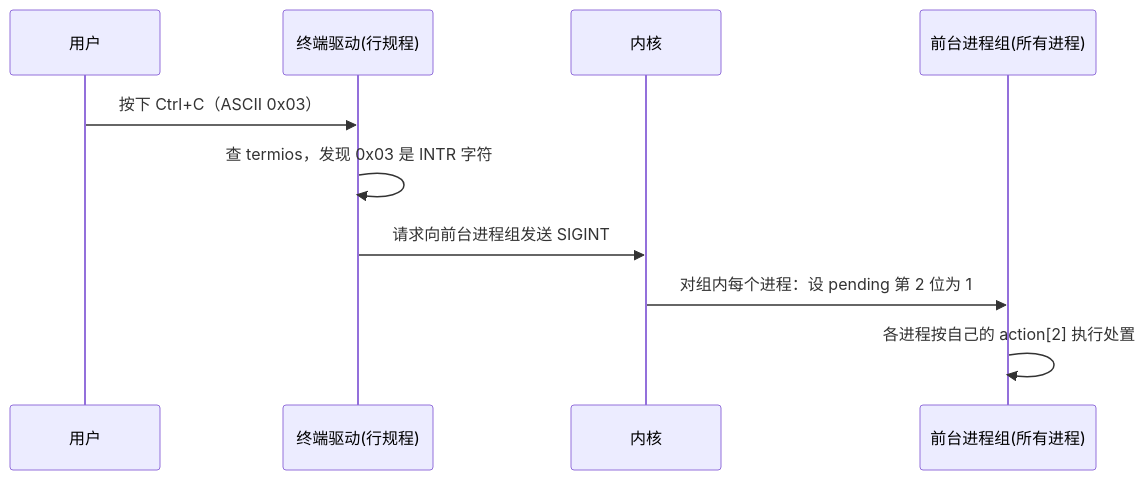
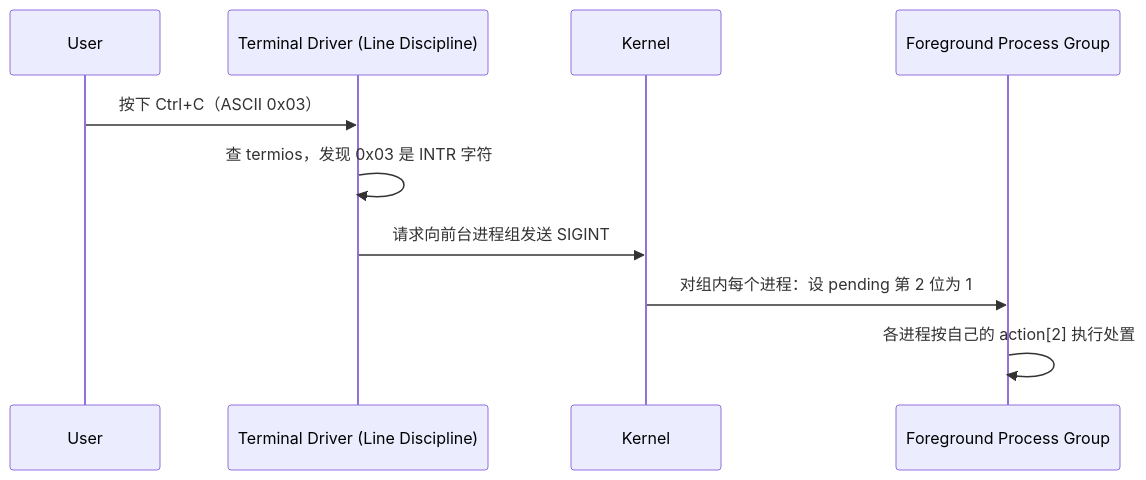
The second of 2 diagrams in course/process/02-signal.md (lilhammerfun/hands-on-os), drawn with Mermaid before and after one commit. The commit also changed other lines of this file and 3 other files, not shown here.

````diff
--- a/course/process/02-signal.md
+++ b/course/process/02-signal.md
@@ -148,13 +148,13 @@
 ```mermaid
 sequenceDiagram
-    participant U as 用户
-    participant T as 终端驱动(行规程)
-    participant K as 内核
-    participant P as 前台进程组(所有进程)
+    participant U as User
+    participant T as Terminal Driver (Line Discipline)
+    participant K as Kernel
+    participant P as Foreground Process Group
 
     U->>T: 按下 Ctrl+C（ASCII 0x03）
     T->>T: 查 termios，发现 0x03 是 INTR 字符
     T->>K: 请求向前台进程组发送 SIGINT
     K->>P: 对组内每个进程：设 pending 第 2 位为 1
     P->>P: 各进程按自己的 action[2] 执行处置
 ```
````
